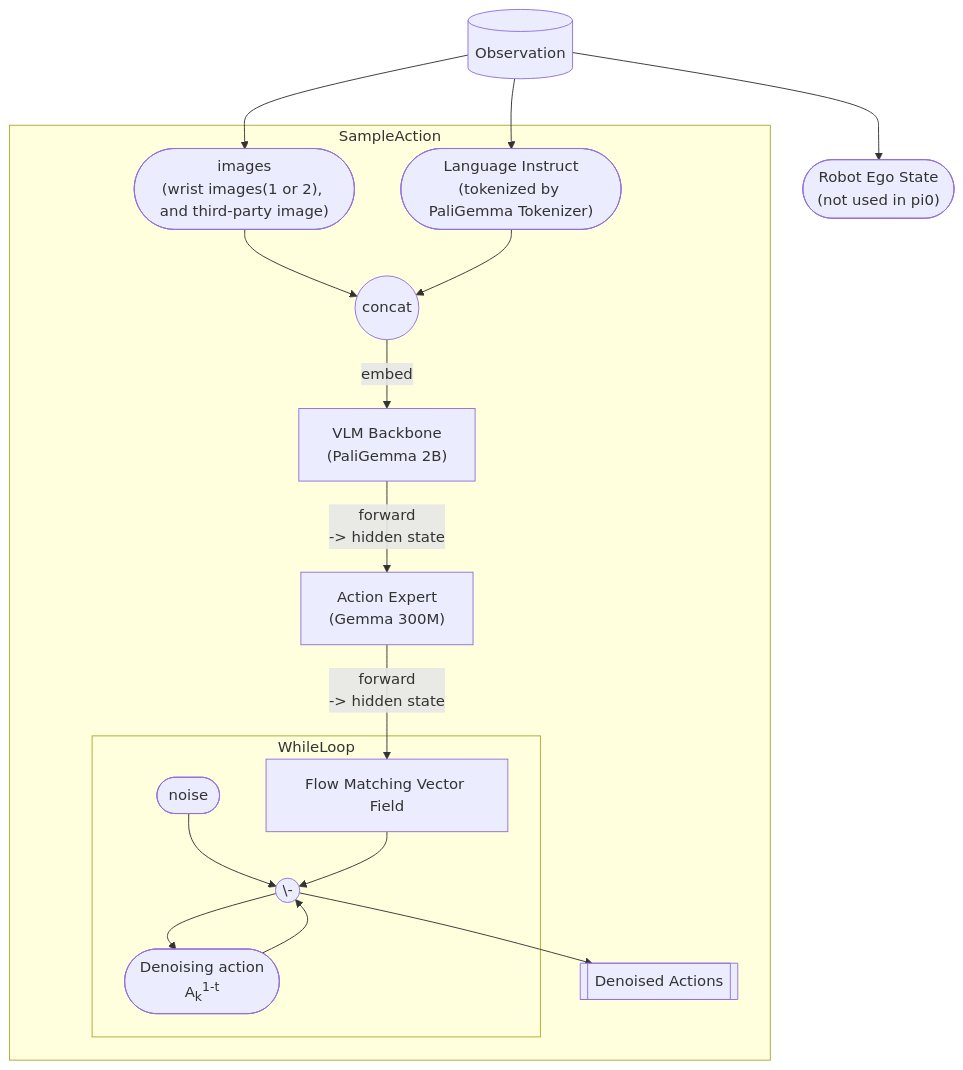
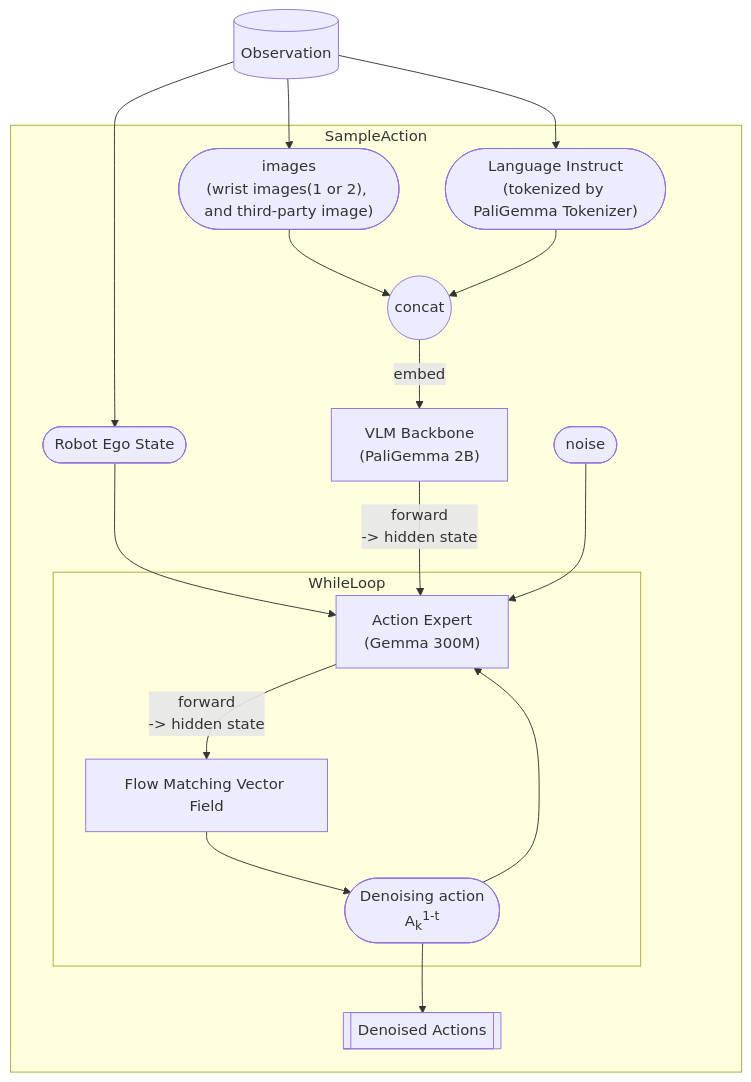
One commit to TropinoneH/knowledge_base changed the second of 2 diagrams in Paper/pi0.md. Above: the diagram before and after it, drawn with Mermaid. The commit also changed other lines of this file and 4 other files, not shown here.

````diff
--- a/Paper/pi0.md
+++ b/Paper/pi0.md
@@ -77,39 +79,39 @@
 ```mermaid
 graph TD
 
 a[(Observation)]
 
 b(["images<br>(wrist images(1 or 2), and third-party image)"])
 c(["Language Instruct<br>(tokenized by PaliGemma Tokenizer)"])
-d(["Robot Ego State<br>(not used in pi0)"])
+d(["Robot Ego State"])
 
 e["VLM Backbone<br>(PaliGemma 2B)"]
 f["Action Expert<br>(Gemma 300M)"]
 g["Flow Matching Vector Field"]
 
 h((concat))
-i(("\-"))
 
 j([noise])
 k(["Denoising action<br>A<sub>k</sub><sup>1-t</sup>"])
 l[["Denoised Actions"]]
 
 a-->b
 a-->c
 a-->d
 
 subgraph SampleAction
     b-->h
     c-->h
+    d-->f
     h-->|embed|e
     e-->|forward<br>-> hidden state|f
-    f-->|forward<br>-> hidden state|g
+	
+	j-->f
     subgraph WhileLoop
-	    j-->i
-	    g-->i
-	    i-->k
-	    k-->i
+	    f-->|forward<br>-> hidden state|g
+	    g-->k
+	    k-->f
 	end
-	i-->l
+	k-->l
 end
 ```
````
